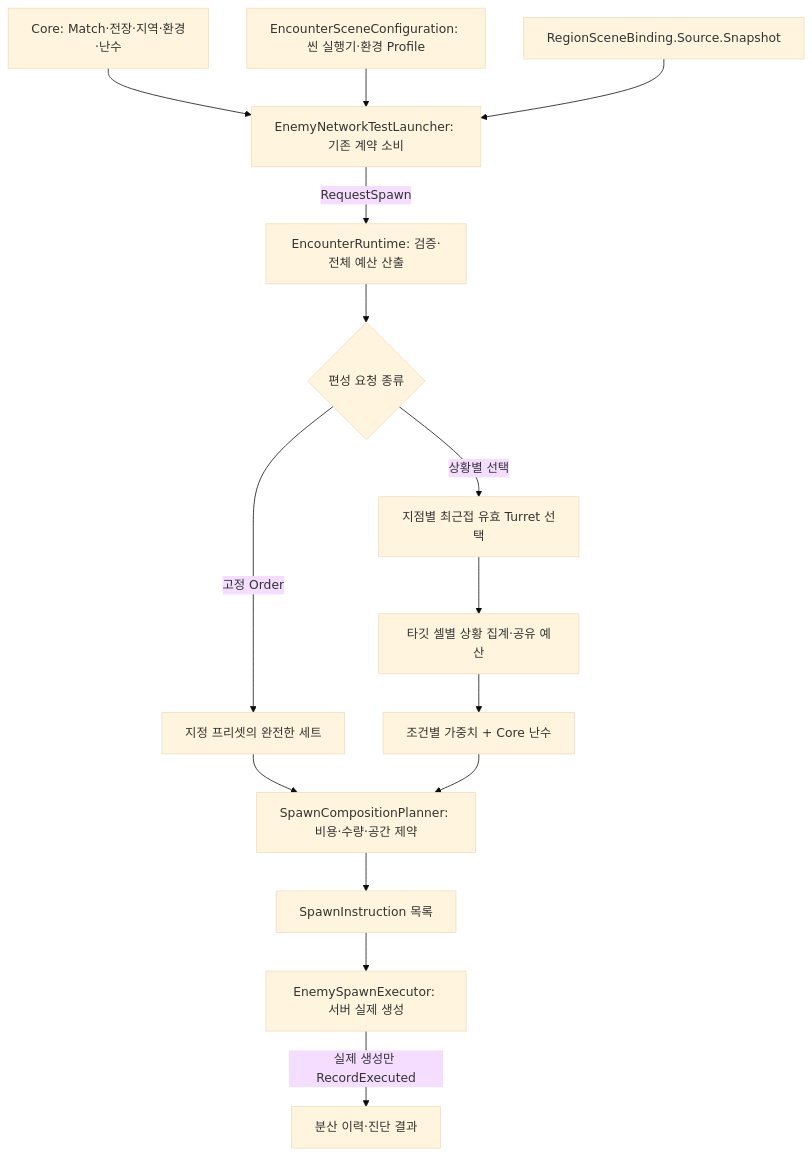
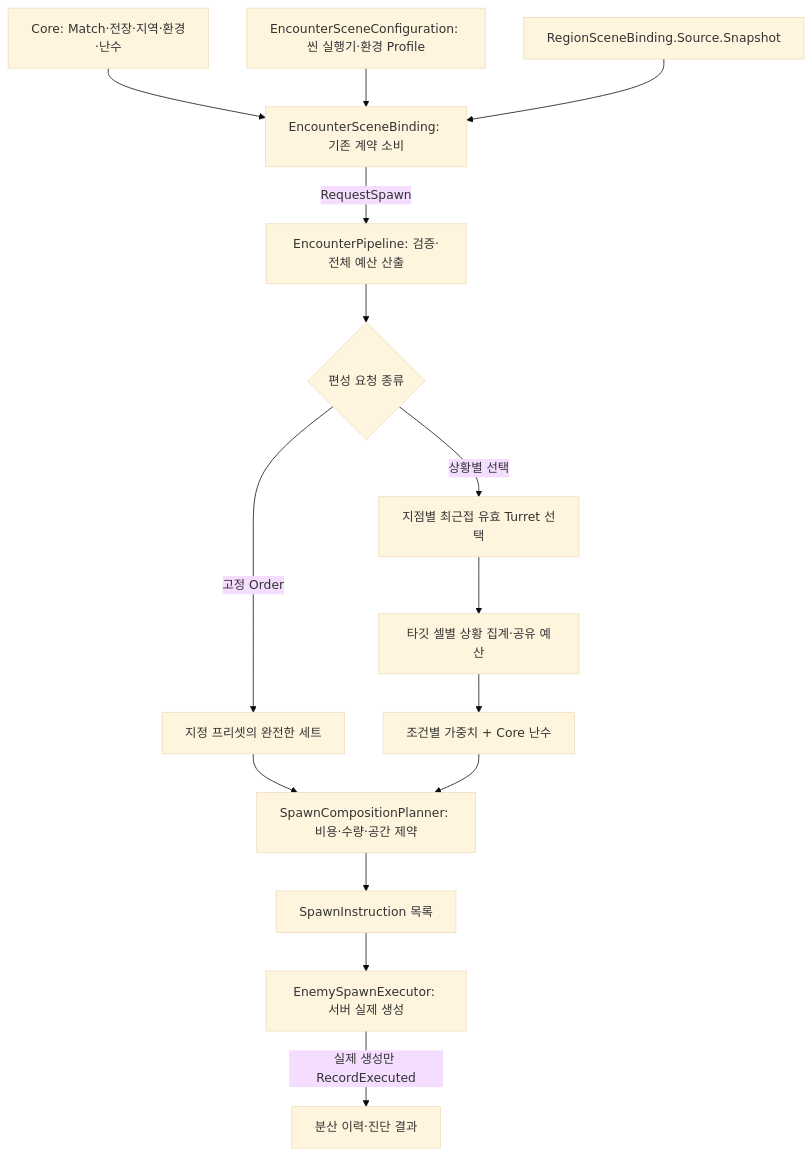
One commit to Team-HJD-21/unity-6-the-developer changed the diagram in Docs/02_architecture/08_encounter/encounter-planning-guide.md. Above: the diagram before and after it, drawn with Mermaid (base theme). The commit also changed other lines of this file and 61 other files, not shown here.

Commit message:
refactor(encounter): connect four-step pipeline and region spawn filtering

````diff
--- a/Docs/02_architecture/08_encounter/encounter-planning-guide.md
+++ b/Docs/02_architecture/08_encounter/encounter-planning-guide.md
@@ -10,17 +10,17 @@
 ```mermaid
 flowchart TD
-    Core[Core: Match·전장·지역·환경·난수] --> Bridge[EnemyNetworkTestLauncher: 기존 계약 소비]
+    Core[Core: Match·전장·지역·환경·난수] --> Bridge[EncounterSceneBinding: 기존 계약 소비]
     Config[EncounterSceneConfiguration: 씬 실행기·환경 Profile] --> Bridge
     Region[RegionSceneBinding.Source.Snapshot] --> Bridge
-    Bridge -->|RequestSpawn| Runtime[EncounterRuntime: 검증·전체 예산 산출]
+    Bridge -->|RequestSpawn| Runtime[EncounterPipeline: 검증·전체 예산 산출]
     Runtime --> Mode{편성 요청 종류}
     Mode -->|고정 Order| Fixed[지정 프리셋의 완전한 세트]
     Mode -->|상황별 선택| Area[지점별 최근접 유효 Turret 선택]
     Area --> Group[타깃 셀별 상황 집계·공유 예산]
     Group --> Policy[조건별 가중치 + Core 난수]
     Fixed --> Planner[SpawnCompositionPlanner: 비용·수량·공간 제약]
     Policy --> Planner
     Planner --> Instructions[SpawnInstruction 목록]
     Instructions --> Executor[EnemySpawnExecutor: 서버 실제 생성]
     Executor -->|실제 생성만 RecordExecuted| History[분산 이력·진단 결과]
 ```
````
